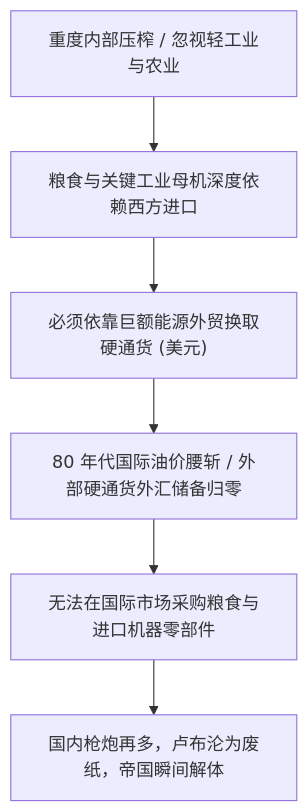
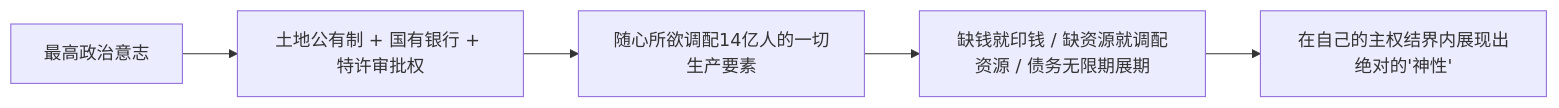
One commit to Terry-/glog changed the second of 2 diagrams in src/content/blog/The Fiscal Death and Physical Energy Cost of Empires 2026-10-25.md. Above: the diagram before and after it, drawn with Mermaid. The commit also changed other lines of this file and 5 other files, not shown here.

````diff
--- a/src/content/blog/The Fiscal Death and Physical Energy Cost of Empires 2026-10-25.md
+++ b/src/content/blog/The Fiscal Death and Physical Energy Cost of Empires 2026-10-25.md
@@ -125,8 +67,7 @@
 ```mermaid
-flowchart TD
-    A["重度内部压榨 / 忽视轻工业与农业"] --> B["粮食与关键工业母机深度依赖西方进口"]
-    B --> C["必须依靠巨额能源外贸换取硬通货 (美元)"]
-    C --> D["80 年代国际油价腰斩 / 外部硬通货外汇储备归零"]
-    D --> E["无法在国际市场采购粮食与进口机器零部件"]
-    E --> F["国内枪炮再多，卢布沦为废纸，帝国瞬间解体"]
+graph LR
+    A["最高政治意志"] --> B["土地公有制 + 国有银行 + 特许审批权"]
+    B --> C["随心所欲调配14亿人的一切生产要素"]
+    C --> D["缺钱就印钱 / 缺资源就调配资源 / 债务无限期展期"]
+    D --> E["在自己的主权结界内展现出绝对的'神性'"]
 ```
````
